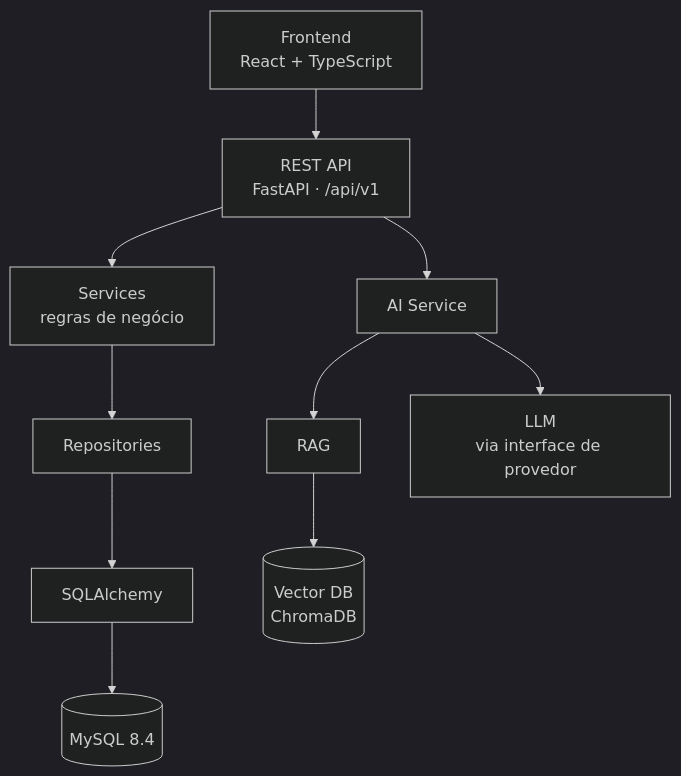
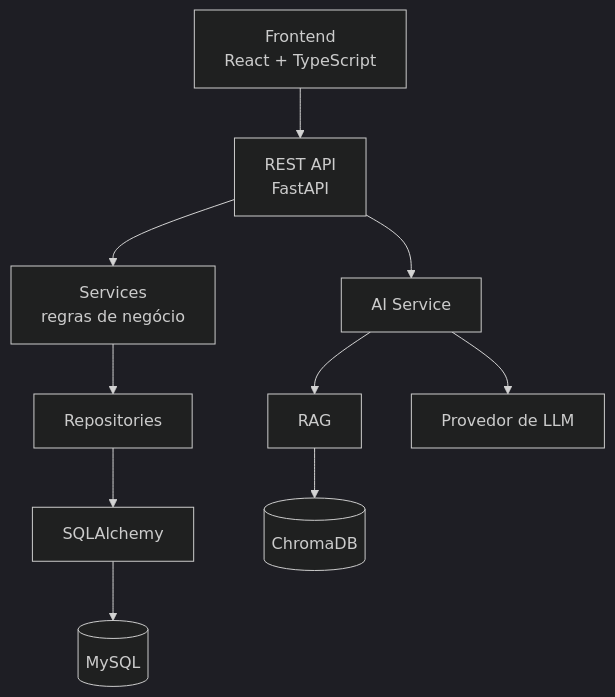
The diagram in README.md (Hendel2/AI-Help-desk), drawn with Mermaid (dark theme) before and after one commit. The commit also changed other lines of this file, not shown here.

````diff
--- a/README.md
+++ b/README.md
@@ -86,12 +109,12 @@
 ```mermaid
 flowchart TD
-    FE["Frontend<br/>React + TypeScript"] --> API["REST API<br/>FastAPI · /api/v1"]
+    FE["Frontend<br/>React + TypeScript"] --> API["REST API<br/>FastAPI"]
     API --> SVC["Services<br/>regras de negócio"]
-    API --> AIS["AI Service"]
+    API --> AI["AI Service"]
     SVC --> REPO["Repositories"]
     REPO --> ORM["SQLAlchemy"]
-    ORM --> DB[("MySQL 8.4")]
-    AIS --> RAG["RAG"]
-    AIS --> LLM["LLM<br/>via interface de provedor"]
-    RAG --> VDB[("Vector DB<br/>ChromaDB")]
+    ORM --> DB[("MySQL")]
+    AI --> RAG["RAG"]
+    AI --> LLM["Provedor de LLM"]
+    RAG --> VDB[("ChromaDB")]
 ```
````
